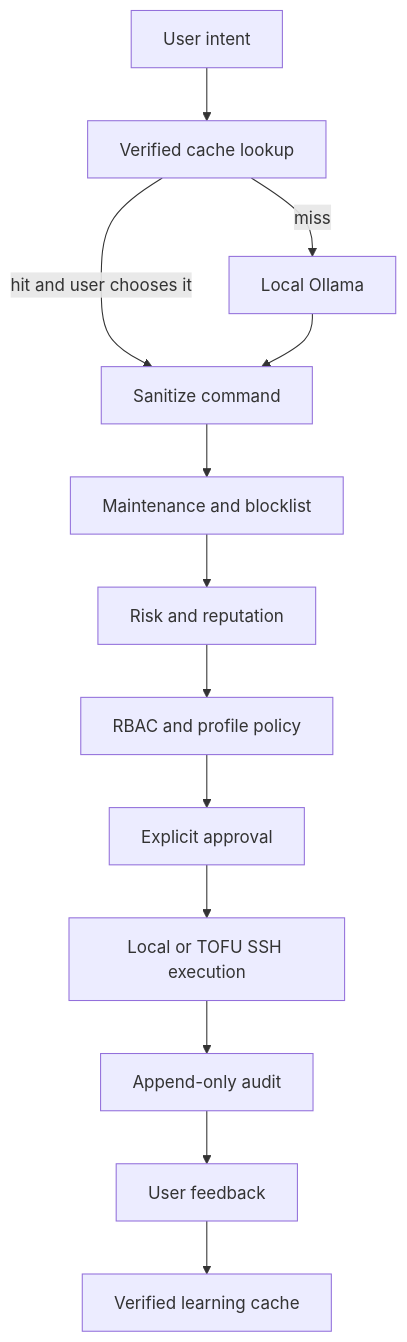
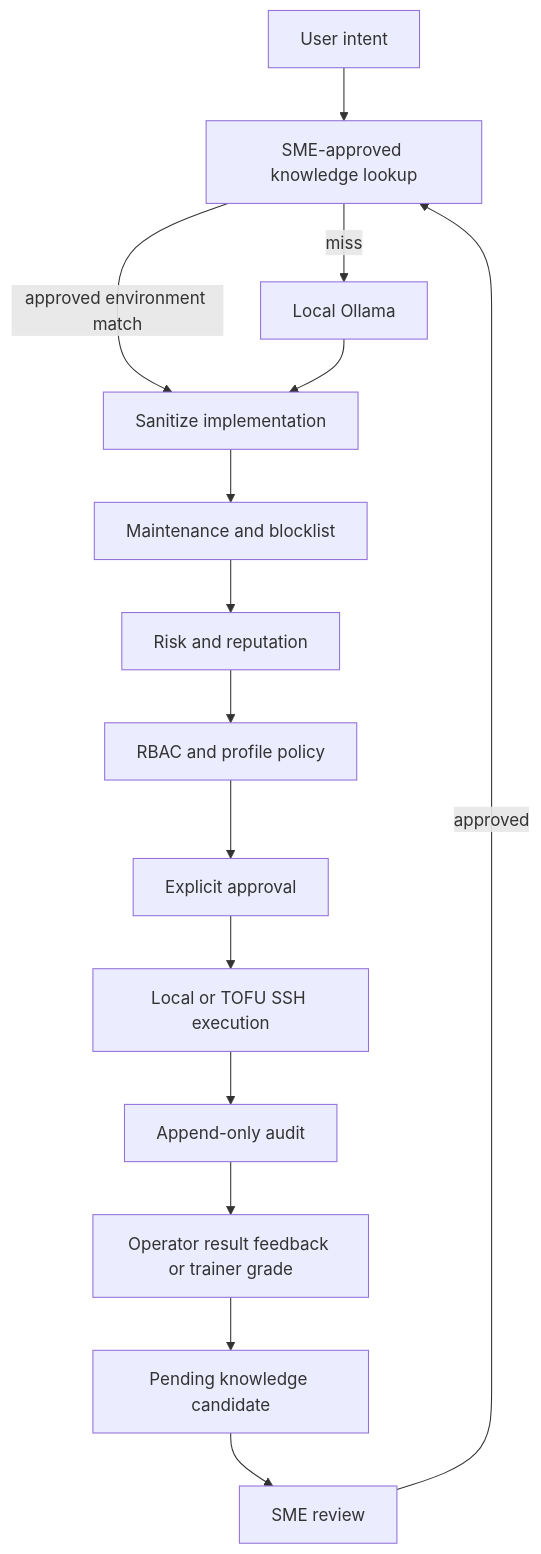
One commit to WSWATERMAN/Omni-Ever-Expanding-Nebula-Noodle changed the diagram in goyathlay/docs/architecture.md. Above: the diagram before and after it, drawn with Mermaid. The commit also changed other lines of this file and 22 other files, not shown here.

Commit message:
feat(goyathlay): add operator trainer SME learning architecture

````diff
--- a/goyathlay/docs/architecture.md
+++ b/goyathlay/docs/architecture.md
@@ -5,15 +5,17 @@
 ```mermaid
 flowchart TD
-  U[User intent] --> C[Verified cache lookup]
+  U[User intent] --> C[SME-approved knowledge lookup]
   C -->|miss| O[Local Ollama]
-  C -->|hit and user chooses it| S[Sanitize command]
+  C -->|approved environment match| S[Sanitize implementation]
   O --> S
   S --> G[Maintenance and blocklist]
   G --> R[Risk and reputation]
   R --> A[RBAC and profile policy]
   A --> P[Explicit approval]
   P --> X[Local or TOFU SSH execution]
   X --> L[Append-only audit]
-  L --> F[User feedback]
-  F --> K[Verified learning cache]
+  L --> F[Operator result feedback or trainer grade]
+  F --> K[Pending knowledge candidate]
+  K --> Q[SME review]
+  Q -->|approved| C
 ```
````
